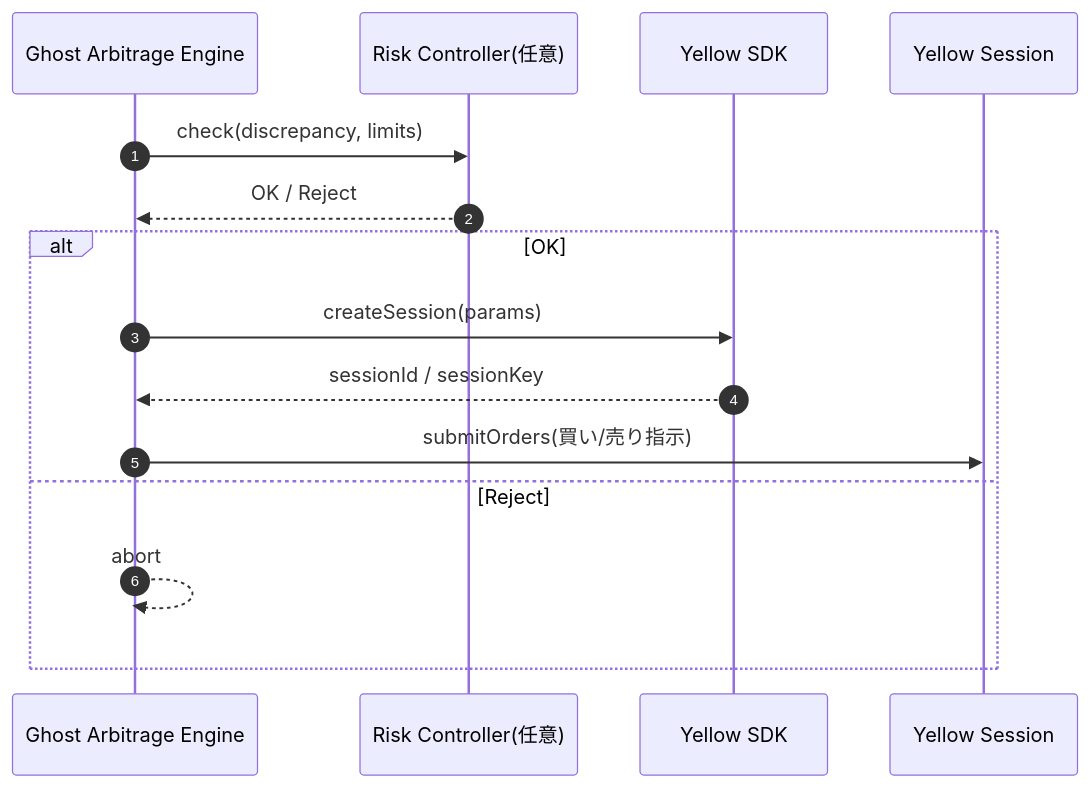
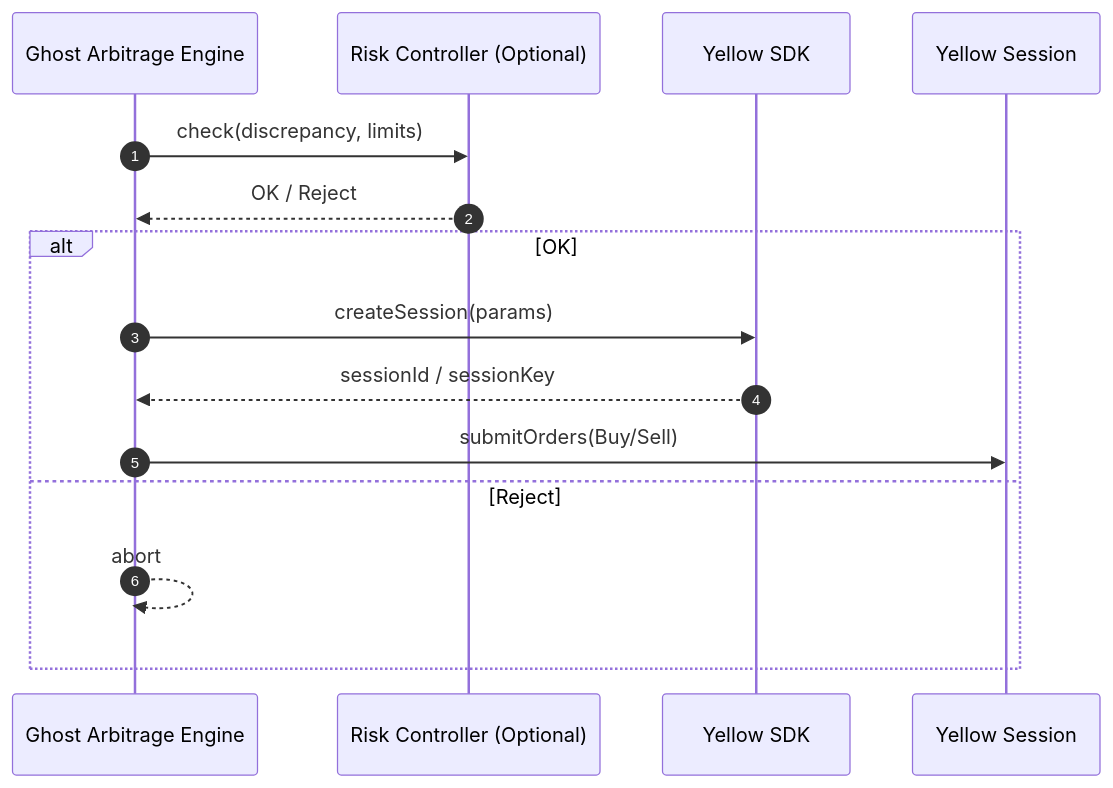
The eighth of 11 diagrams in README.md (mashharuki/hack-money-2026), drawn with Mermaid before and after one commit. The commit also changed other lines of this file and 4 other files, not shown here.

````diff
--- a/README.md
+++ b/README.md
@@ -490,19 +493,19 @@
 ```mermaid
 sequenceDiagram
   autonumber
   participant Engine as Ghost Arbitrage Engine
-  participant Risk as Risk Controller(任意)
+  participant Risk as Risk Controller (Optional)
   participant Yellow as Yellow SDK
   participant Session as Yellow Session
 
   Engine->>Risk: check(discrepancy, limits)
   Risk-->>Engine: OK / Reject
 
   alt OK
     Engine->>Yellow: createSession(params)
     Yellow-->>Engine: sessionId / sessionKey
-    Engine->>Session: submitOrders(買い/売り指示)
+    Engine->>Session: submitOrders(Buy/Sell)
   else Reject
     Engine-->>Engine: abort
   end
 ```
````
